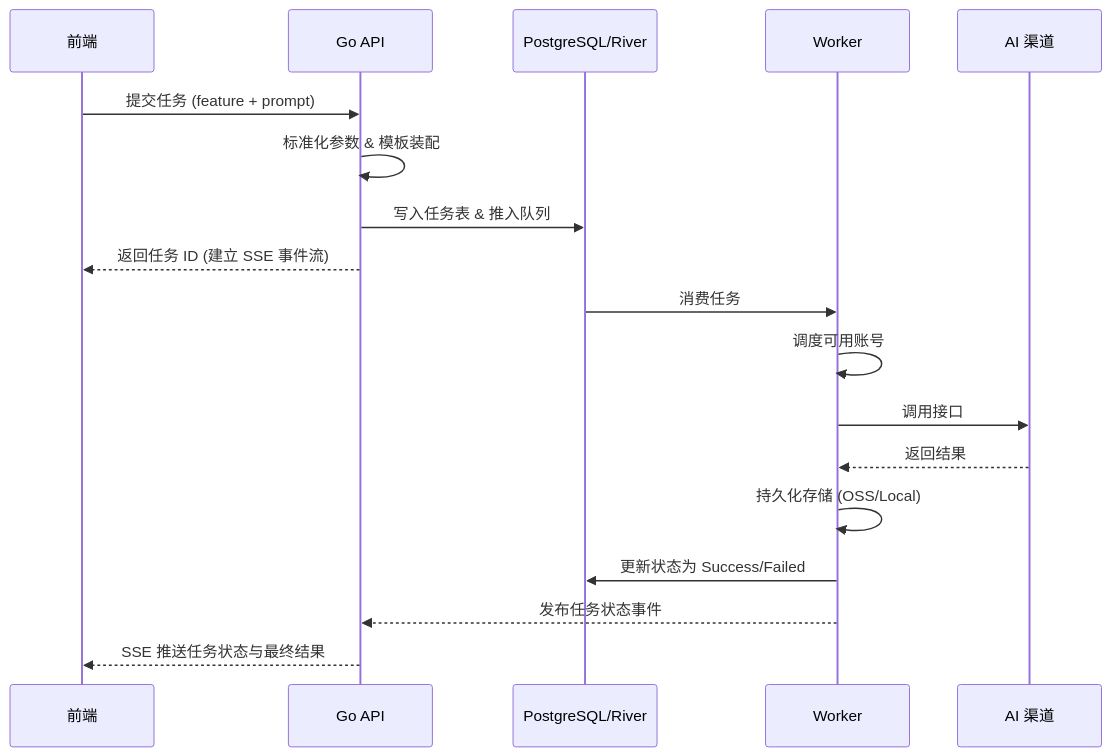
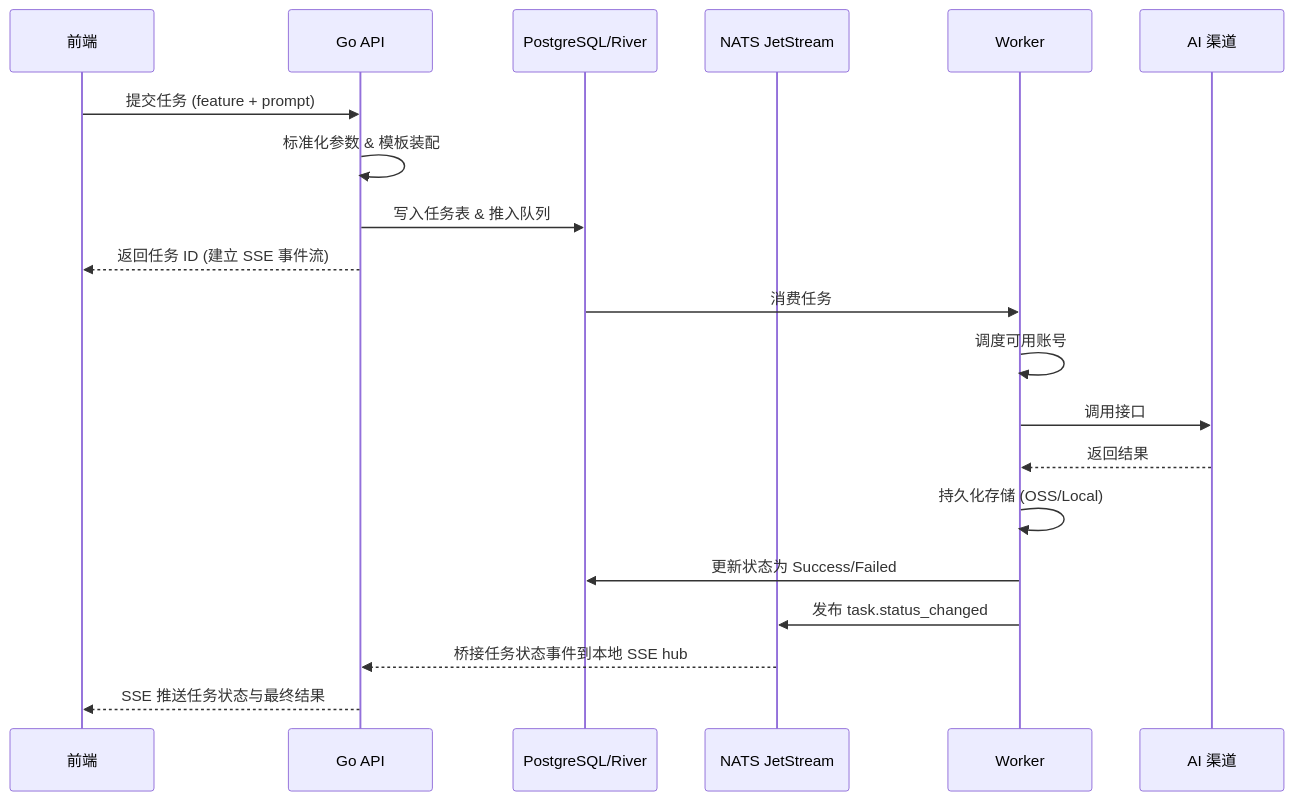
The second of 2 diagrams in DEVELOPMENT.md (Ericsunsk/IdeaBoard), drawn with Mermaid before and after one commit. The commit also changed other lines of this file and 27 other files, not shown here.

First line of the commit message:
feat: add NATS JetStream event bus for task status events

````diff
--- a/DEVELOPMENT.md
+++ b/DEVELOPMENT.md
@@ -164,23 +167,25 @@
 ```mermaid
 sequenceDiagram
     participant FE as 前端
     participant API as Go API
     participant DB as PostgreSQL/River
+    participant NATS as NATS JetStream
     participant WK as Worker
     participant AI as AI 渠道
 
     FE->>API: 提交任务 (feature + prompt)
     API->>API: 标准化参数 & 模板装配
     API->>DB: 写入任务表 & 推入队列
     API-->>FE: 返回任务 ID (建立 SSE 事件流)
     
     DB->>WK: 消费任务
     WK->>WK: 调度可用账号
     WK->>AI: 调用接口
     AI-->>WK: 返回结果
     WK->>WK: 持久化存储 (OSS/Local)
     WK->>DB: 更新状态为 Success/Failed
+    WK->>NATS: 发布 task.status_changed
     
-    WK-->>API: 发布任务状态事件
+    NATS-->>API: 桥接任务状态事件到本地 SSE hub
     API-->>FE: SSE 推送任务状态与最终结果
 ```
````
